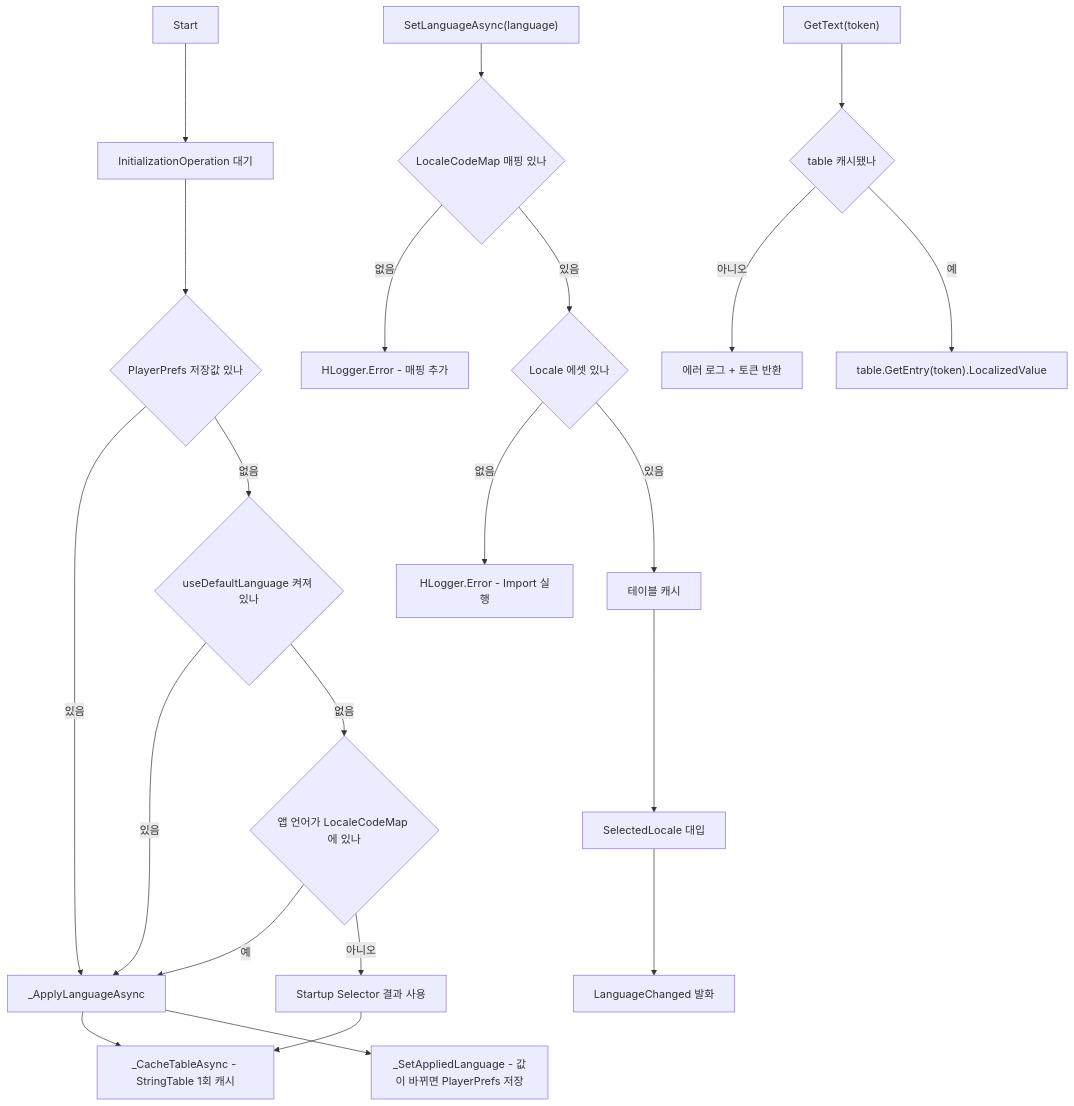
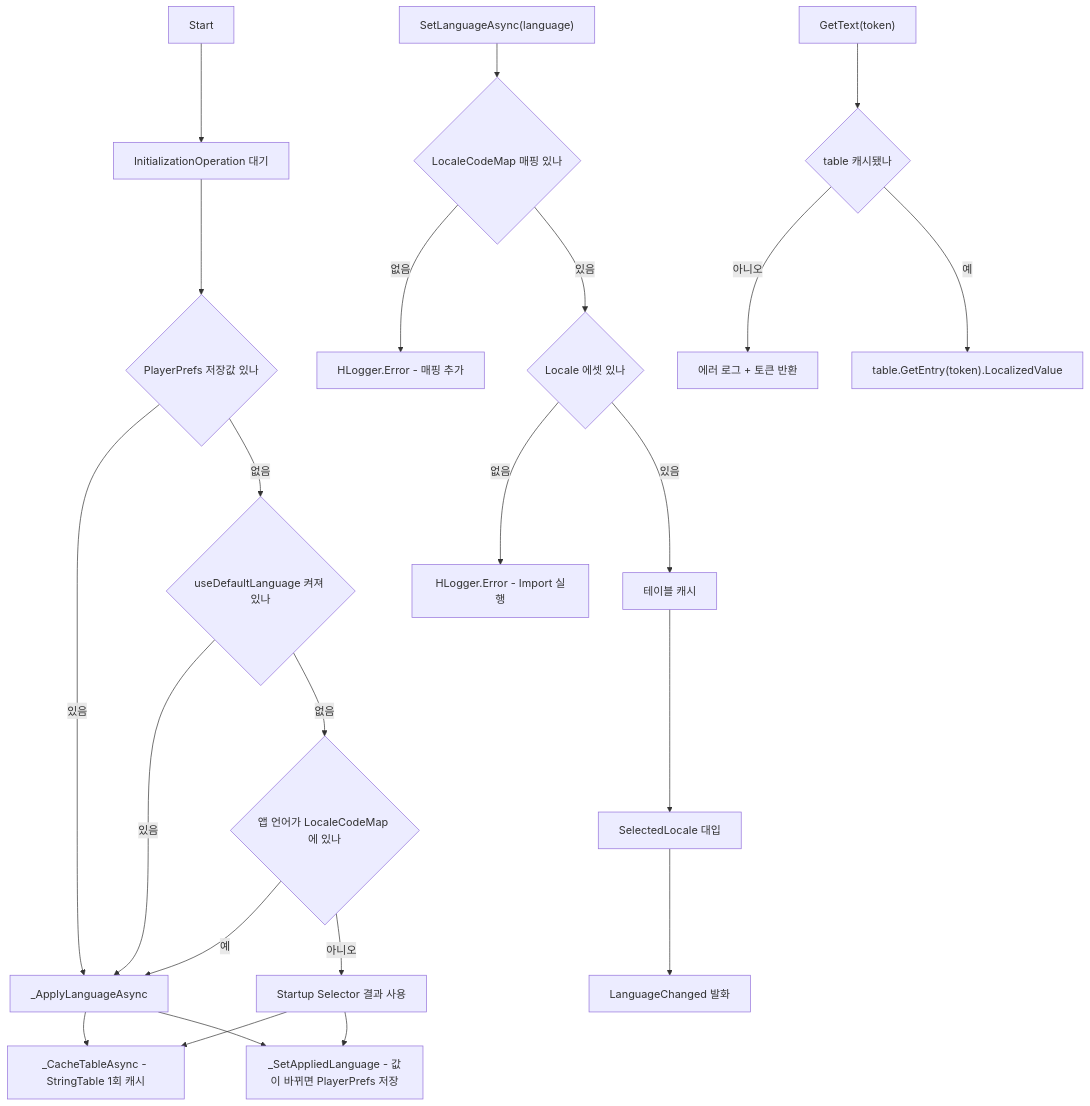
One commit to HoHong123/HCUP-Unity changed the diagram in HLocalization/HUnityLocalization/Runtime/README.md. Above: the diagram before and after it, drawn with Mermaid. The commit also changed other lines of this file, not shown here.

````diff
--- a/HLocalization/HUnityLocalization/Runtime/README.md
+++ b/HLocalization/HUnityLocalization/Runtime/README.md
@@ -62,26 +61,27 @@
 ```mermaid
 flowchart TD
     S["Start"] --> I["InitializationOperation 대기"]
     I --> P1{"PlayerPrefs 저장값 있나"}
     P1 -->|있음| AP["_ApplyLanguageAsync"]
     P1 -->|없음| P2{"useDefaultLanguage 켜져 있나"}
     P2 -->|있음| AP
     P2 -->|없음| P3{"앱 언어가 LocaleCodeMap 에 있나"}
     P3 -->|예| AP
     P3 -->|아니오| SS["Startup Selector 결과 사용"]
     AP --> C["_CacheTableAsync - StringTable 1회 캐시"]
     SS --> C
     AP --> SV["_SetAppliedLanguage - 값이 바뀌면 PlayerPrefs 저장"]
+    SS --> SV
 
     R["SetLanguageAsync(language)"] --> M{"LocaleCodeMap 매핑 있나"}
     M -->|없음| E2["HLogger.Error - 매핑 추가"]
     M -->|있음| L{"Locale 에셋 있나"}
     L -->|없음| E3["HLogger.Error - Import 실행"]
     L -->|있음| C2["테이블 캐시"]
     C2 --> A["SelectedLocale 대입"]
     A --> EV["LanguageChanged 발화"]
 
     G["GetText(token)"] --> T{"table 캐시됐나"}
     T -->|아니오| E4["에러 로그 + 토큰 반환"]
     T -->|예| GE["table.GetEntry(token).LocalizedValue"]
 ```
````
